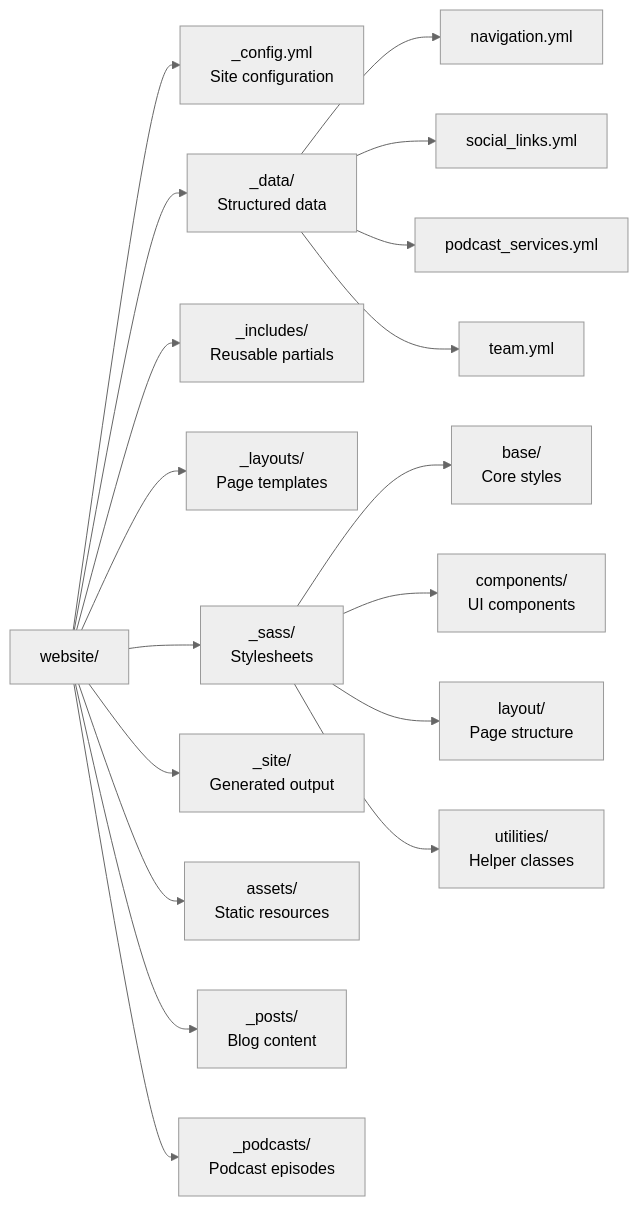
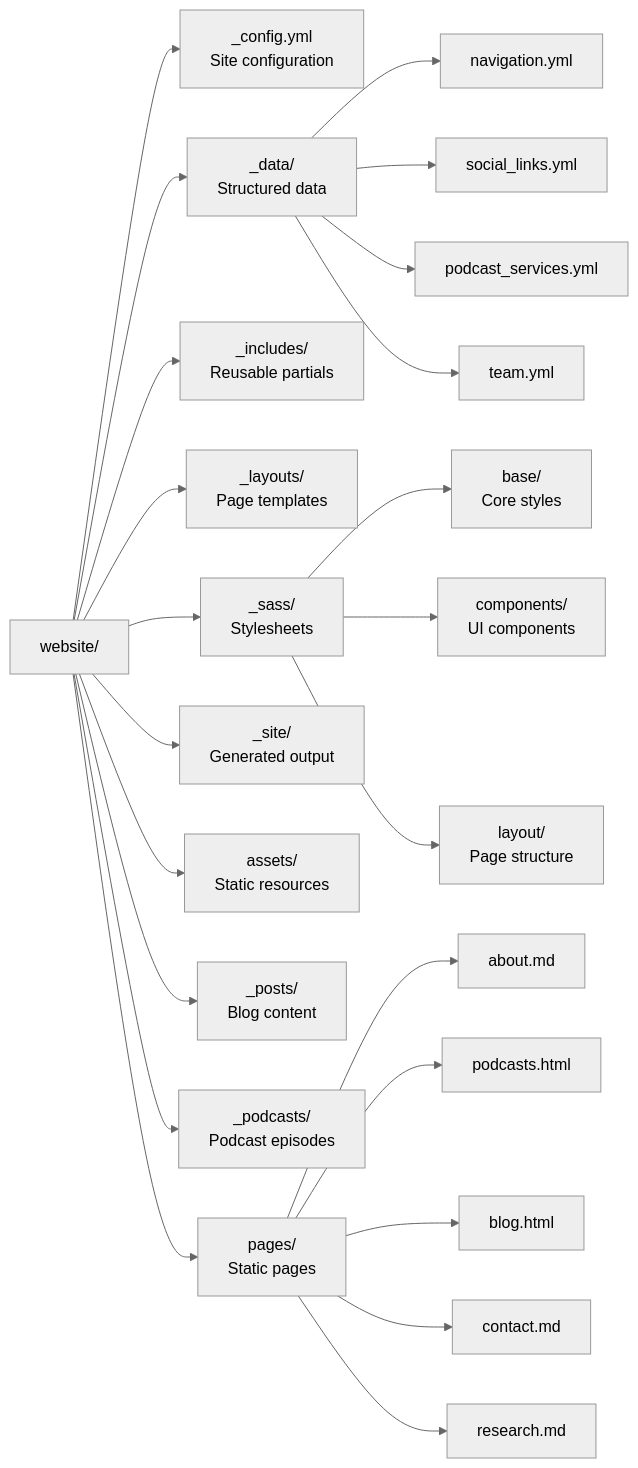
The second of 3 diagrams in docs/architecture/overview.md (ScopeCreep-zip/website), drawn with Mermaid (neutral theme) before and after one commit. The commit also changed other lines of this file and 34 other files, not shown here.

````diff
--- a/docs/architecture/overview.md
+++ b/docs/architecture/overview.md
@@ -54,22 +54,28 @@
 ```mermaid
 graph LR
     A[website/] --> B[_config.yml<br/>Site configuration]
     A --> C[_data/<br/>Structured data]
     A --> D[_includes/<br/>Reusable partials]
     A --> E[_layouts/<br/>Page templates]
     A --> F[_sass/<br/>Stylesheets]
     A --> G[_site/<br/>Generated output]
     A --> H[assets/<br/>Static resources]
     A --> I[_posts/<br/>Blog content]
     A --> J[_podcasts/<br/>Podcast episodes]
-    
+    A --> K[pages/<br/>Static pages]
+
     C --> C1[navigation.yml]
     C --> C2[social_links.yml]
     C --> C3[podcast_services.yml]
     C --> C4[team.yml]
-    
+
     F --> F1[base/<br/>Core styles]
     F --> F2[components/<br/>UI components]
     F --> F3[layout/<br/>Page structure]
-    F --> F4[utilities/<br/>Helper classes]
+
+    K --> K1[about.md]
+    K --> K2[podcasts.html]
+    K --> K3[blog.html]
+    K --> K4[contact.md]
+    K --> K5[research.md]
 ```
````
